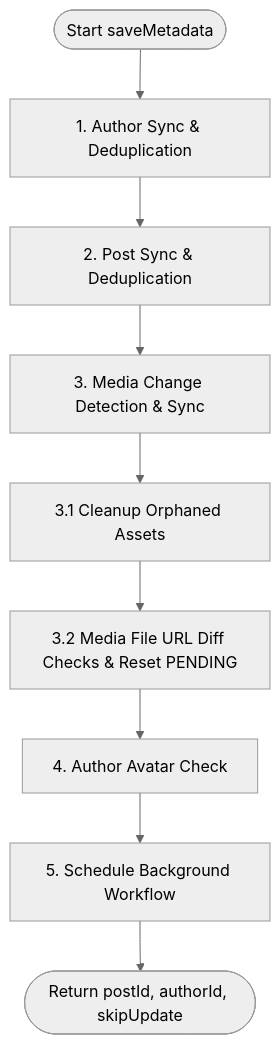
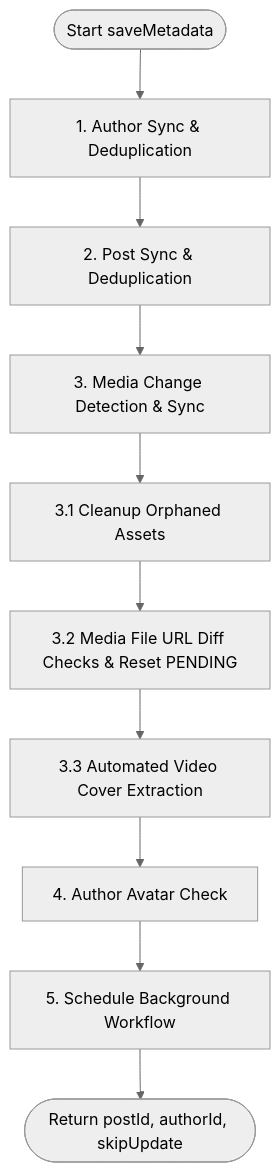
The diagram in docs/save_metadata_flow.md (stariverr/stationary), drawn with Mermaid (neutral theme) before and after one commit. The commit also changed other lines of this file and 51 other files, not shown here.

Commit message:
feat(media,ui,api): implement video thumbnail extraction, context menu system, and optimize response schema

````diff
--- a/docs/save_metadata_flow.md
+++ b/docs/save_metadata_flow.md
@@ -19,11 +19,12 @@
 ```mermaid
 graph TD
     Start([Start saveMetadata]) --> Step1[1. Author Sync & Deduplication]
     Step1 --> Step2[2. Post Sync & Deduplication]
     Step2 --> Step3[3. Media Change Detection & Sync]
     Step3 --> Step3_1[3.1 Cleanup Orphaned Assets]
     Step3_1 --> Step3_2[3.2 Media File URL Diff Checks & Reset PENDING]
-    Step3_2 --> Step4[4. Author Avatar Check]
+    Step3_2 --> Step3_3[3.3 Automated Video Cover Extraction]
+    Step3_3 --> Step4[4. Author Avatar Check]
     Step4 --> Step5[5. Schedule Background Workflow]
     Step5 --> End([Return postId, authorId, skipUpdate])
 ```
````
